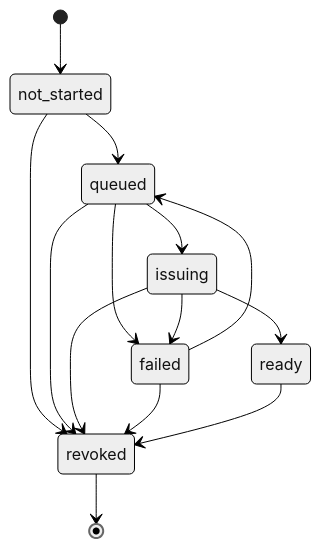
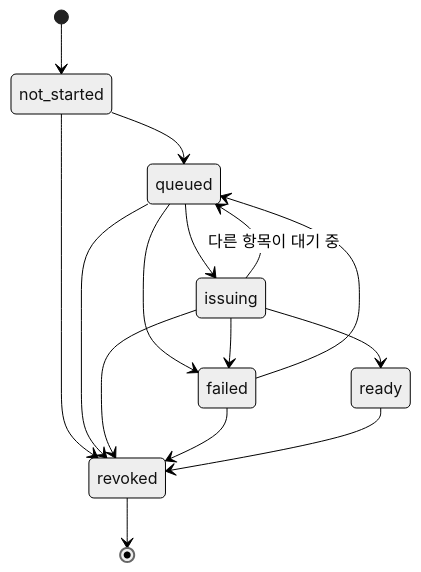
The second of 2 diagrams in docs/ORDER_STATE_MACHINE.md (Delightfilm/PASSMATE-Store), drawn with Mermaid (neutral theme) before and after one commit. The commit also changed other lines of this file, not shown here.

````diff
--- a/docs/ORDER_STATE_MACHINE.md
+++ b/docs/ORDER_STATE_MACHINE.md
@@ -60,20 +60,21 @@
 ```mermaid
 stateDiagram-v2
     [*] --> not_started
 
     not_started --> queued
     queued --> issuing
     issuing --> ready
+    issuing --> queued: 다른 항목이 대기 중
 
     queued --> failed
     issuing --> failed
     failed --> queued
 
     not_started --> revoked
     queued --> revoked
     issuing --> revoked
     failed --> revoked
     ready --> revoked
 
     revoked --> [*]
 ```
````
